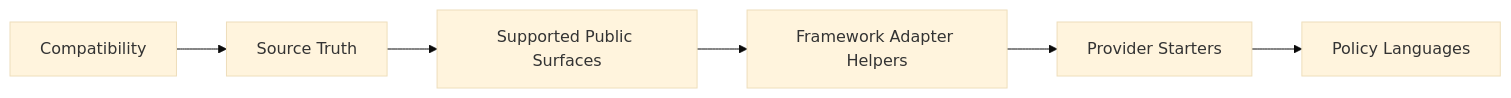
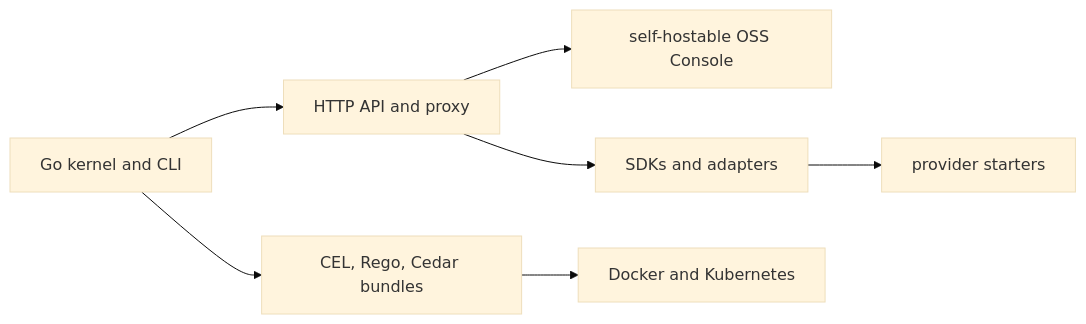
One commit to Mindburn-Labs/helm-ai-kernel changed the diagram in docs/COMPATIBILITY.md. Above: the diagram before and after it, drawn with Mermaid (base theme). The commit also changed other lines of this file and 148 other files, not shown here.

````diff
--- a/docs/COMPATIBILITY.md
+++ b/docs/COMPATIBILITY.md
@@ -28,14 +20,9 @@
 ```mermaid
 flowchart LR
-  Page["Compatibility"]
-  A["Source Truth"]
-  B["Supported Public Surfaces"]
-  C["Framework Adapter Helpers"]
-  D["Provider Starters"]
-  E["Policy Languages"]
-  Page --> A
-  A --> B
-  B --> C
-  C --> D
-  D --> E
+  Kernel["Go kernel and CLI"] --> API["HTTP API and proxy"]
+  API --> Console["self-hostable OSS Console"]
+  API --> SDKs["SDKs and adapters"]
+  SDKs --> Starters["provider starters"]
+  Kernel --> Policy["CEL, Rego, Cedar bundles"]
+  Policy --> Deploy["Docker and Kubernetes"]
 ```
````
